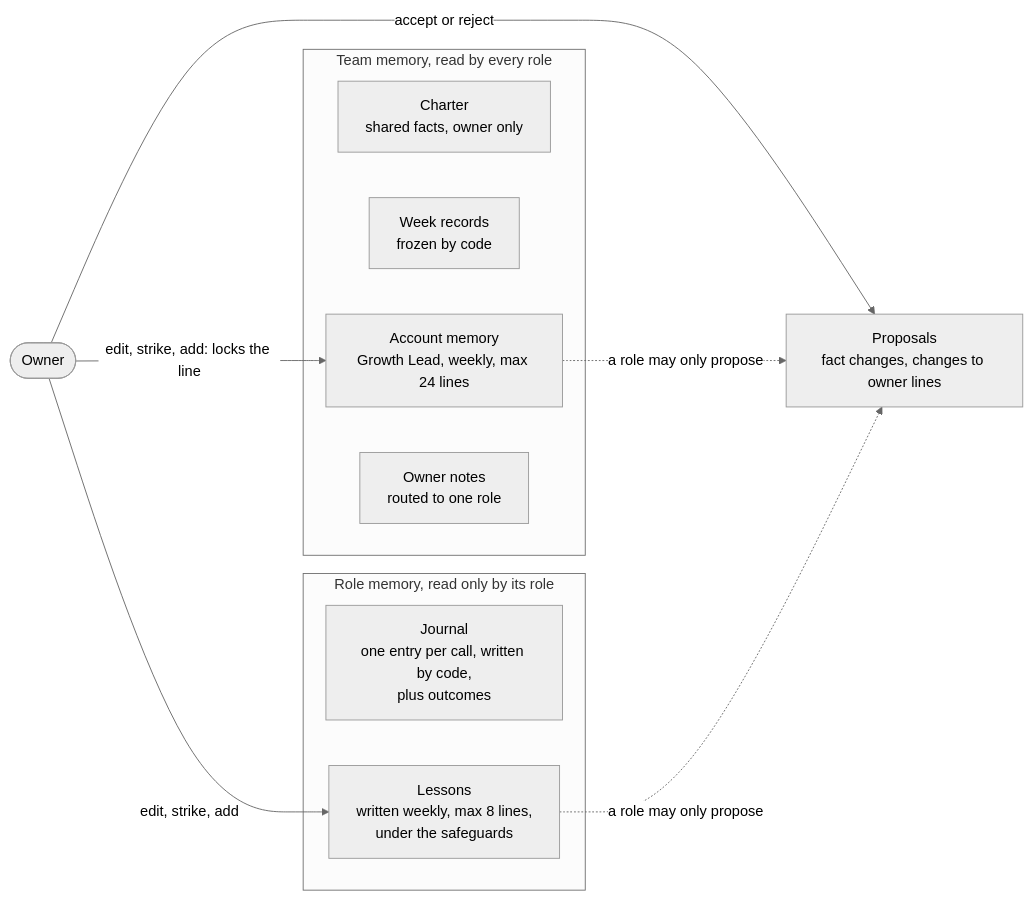
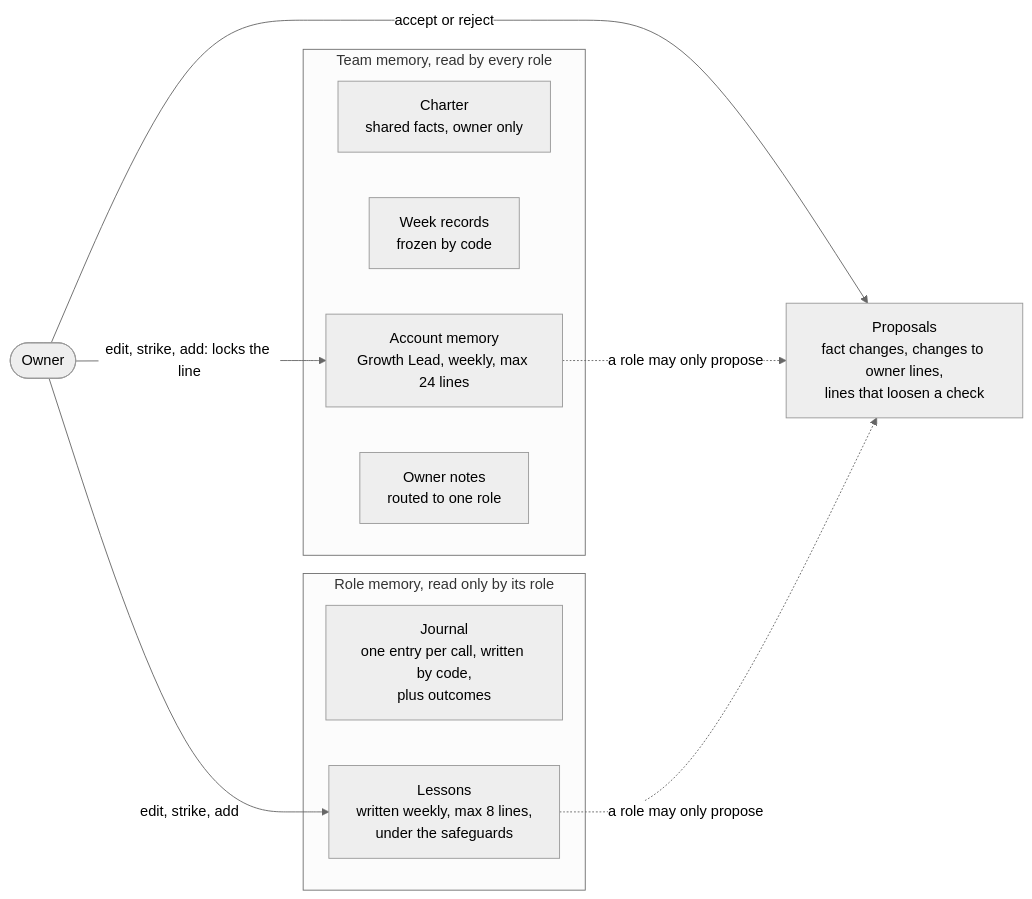
One commit to Jieyi-Deng/agent-beans changed the fifth of 8 diagrams in docs/harness.md. Above: the diagram before and after it, drawn with Mermaid (neutral theme). The commit also changed other lines of this file and 13 other files, not shown here.

First line of the commit message:
Memory: no role checks its own lessons; loosening lines wait for the owner

````diff
--- a/docs/harness.md
+++ b/docs/harness.md
@@ -178,18 +178,18 @@
 ```mermaid
 flowchart LR
     subgraph team["Team memory, read by every role"]
         ch["Charter<br/>shared facts, owner only"]
         wk["Week records<br/>frozen by code"]
         am["Account memory<br/>Growth Lead, weekly, max 24 lines"]
         on["Owner notes<br/>routed to one role"]
     end
     subgraph role["Role memory, read only by its role"]
         jr["Journal<br/>one entry per call, written by code,<br/>plus outcomes"]
         ls["Lessons<br/>written weekly, max 8 lines,<br/>under the safeguards"]
     end
     owner(["Owner"]) -- "edit, strike, add: locks the line" --> am
     owner -- "edit, strike, add" --> ls
-    owner -- "accept or reject" --> prop["Proposals<br/>fact changes, changes to owner lines"]
+    owner -- "accept or reject" --> prop["Proposals<br/>fact changes, changes to owner lines,<br/>lines that loosen a check"]
     am -. "a role may only propose" .-> prop
     ls -. "a role may only propose" .-> prop
 ```
````
